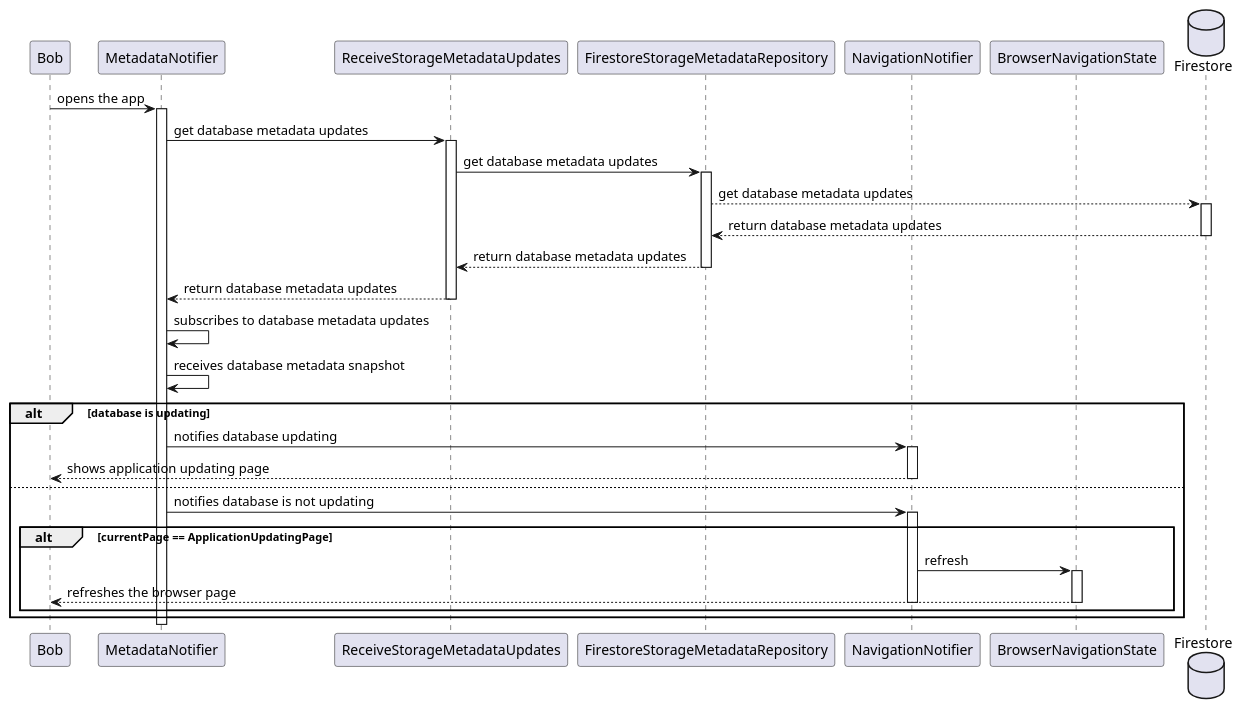
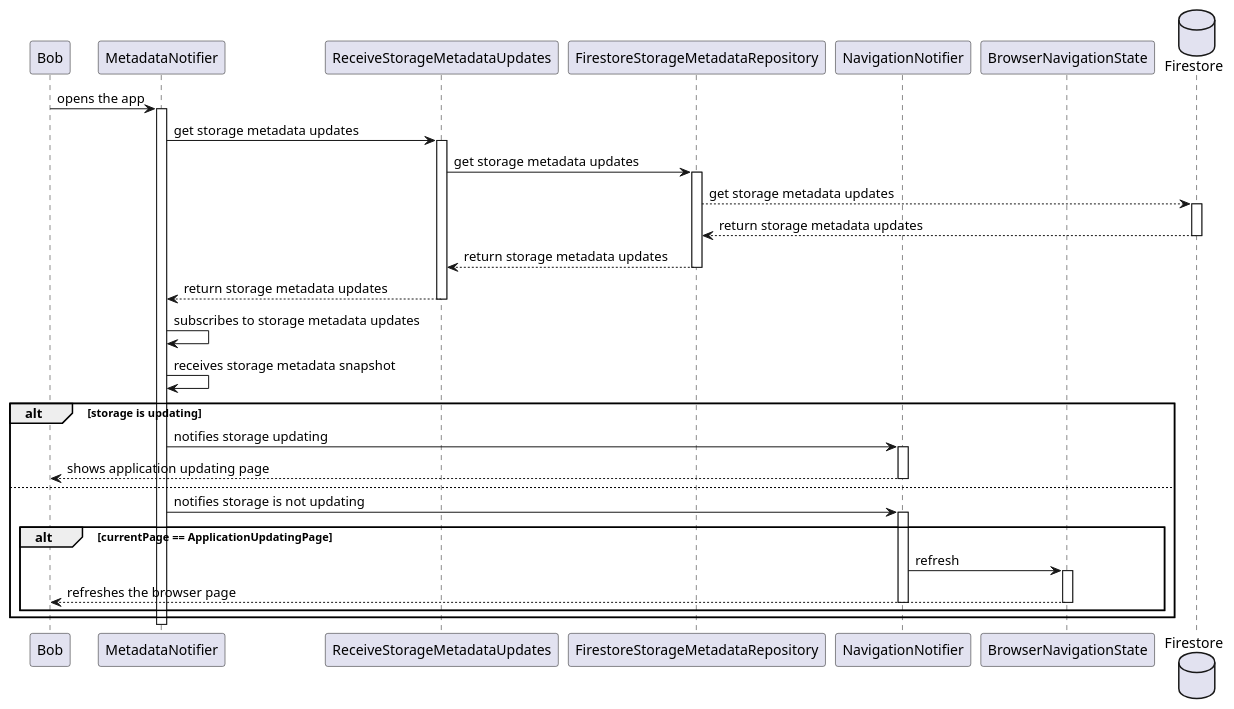
Before and after one commit to Flank/flank-dashboard: the diagram in metrics/web/docs/features/supported_database_version/diagrams/database_finished_updating_sequence_diagram.puml, drawn with PlantUML. The commit also changed 5 other files, not shown here.

Commit message:
Fix web docs and diagrams contents

```diff
--- a/metrics/web/docs/features/supported_database_version/diagrams/database_finished_updating_sequence_diagram.puml
+++ b/metrics/web/docs/features/supported_database_version/diagrams/database_finished_updating_sequence_diagram.puml
@@ -1,64 +1,63 @@
-@startuml database_finished_updating
+@startuml storage_finished_updating
 
 participant Bob
 
 participant MetadataNotifier
 
 participant ReceiveStorageMetadataUpdates
 
 participant FirestoreStorageMetadataRepository
 
 participant NavigationNotifier
 
 participant BrowserNavigationState
 
 database Firestore
 
 
 
 Bob -> MetadataNotifier : opens the app
 activate MetadataNotifier
-MetadataNotifier -> ReceiveStorageMetadataUpdates : get database metadata updates
+MetadataNotifier -> ReceiveStorageMetadataUpdates : get storage metadata updates
 activate ReceiveStorageMetadataUpdates
-ReceiveStorageMetadataUpdates -> FirestoreStorageMetadataRepository : get database metadata updates
+ReceiveStorageMetadataUpdates -> FirestoreStorageMetadataRepository : get storage metadata updates
 activate FirestoreStorageMetadataRepository
-FirestoreStorageMetadataRepository --> Firestore : get database metadata updates
+FirestoreStorageMetadataRepository --> Firestore : get storage metadata updates
 activate Firestore
-Firestore --> FirestoreStorageMetadataRepository : return database metadata updates
+Firestore --> FirestoreStorageMetadataRepository : return storage metadata updates
 deactivate Firestore
-FirestoreStorageMetadataRepository --> ReceiveStorageMetadataUpdates : return database metadata updates
+FirestoreStorageMetadataRepository --> ReceiveStorageMetadataUpdates : return storage metadata updates
 deactivate FirestoreStorageMetadataRepository
-ReceiveStorageMetadataUpdates --> MetadataNotifier : return database metadata updates
+ReceiveStorageMetadataUpdates --> MetadataNotifier : return storage metadata updates
 deactivate ReceiveStorageMetadataUpdates
 
-MetadataNotifier -> MetadataNotifier : subscribes to database metadata updates
-MetadataNotifier -> MetadataNotifier : receives database metadata snapshot
+MetadataNotifier -> MetadataNotifier : subscribes to storage metadata updates
+MetadataNotifier -> MetadataNotifier : receives storage metadata snapshot
 
-alt database is updating
+alt storage is updating
 
-    MetadataNotifier -> NavigationNotifier : notifies database updating
+    MetadataNotifier -> NavigationNotifier : notifies storage updating
     activate NavigationNotifier
     NavigationNotifier --> Bob : shows application updating page
     deactivate NavigationNotifier
 
 else
 
-    MetadataNotifier -> NavigationNotifier : notifies database is not updating
+    MetadataNotifier -> NavigationNotifier : notifies storage is not updating
     activate NavigationNotifier
 
     alt currentPage == ApplicationUpdatingPage
 
         NavigationNotifier -> BrowserNavigationState : refresh
         activate BrowserNavigationState
         BrowserNavigationState --> Bob : refreshes the browser page
         deactivate BrowserNavigationState
         deactivate NavigationNotifier
 
     end
 
 end
 
 deactivate MetadataNotifier
 
-
 @enduml
```
